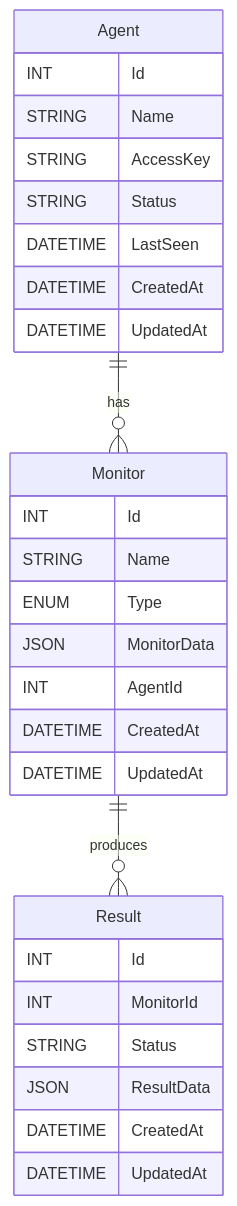
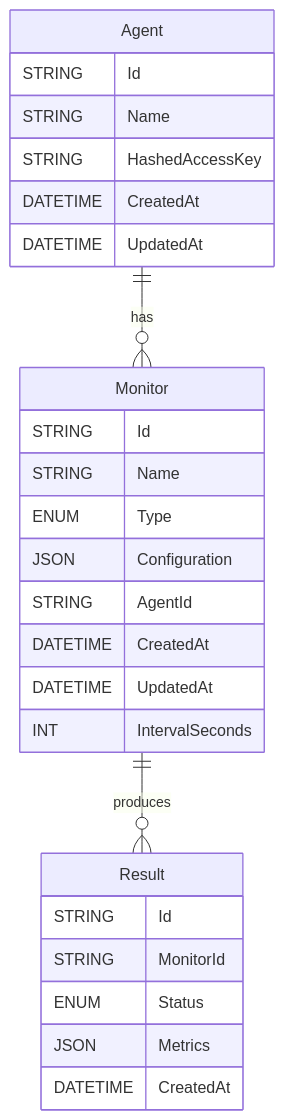
Before and after one commit to marwen1337/stati: the second of 2 diagrams in README.md, drawn with Mermaid. The commit also changed 5 other files, not shown here.

````diff
--- a/README.md
+++ b/README.md
@@ -26,32 +26,30 @@
 ```mermaid
 erDiagram
     Agent {
-        INT Id
+        STRING Id
         STRING Name
-        STRING AccessKey
-        STRING Status
-        DATETIME LastSeen
+        STRING HashedAccessKey
         DATETIME CreatedAt
         DATETIME UpdatedAt
     }
     Monitor {
-        INT Id
+        STRING Id
         STRING Name
         ENUM Type
-        JSON MonitorData
-        INT AgentId
+        JSON Configuration
+        STRING AgentId
         DATETIME CreatedAt
         DATETIME UpdatedAt
+        INT IntervalSeconds
     }
     Result {
-        INT Id
-        INT MonitorId
-        STRING Status
-        JSON ResultData
+        STRING Id
+        STRING MonitorId
+        ENUM Status
+        JSON Metrics
         DATETIME CreatedAt
-        DATETIME UpdatedAt
     }
 
     Agent ||--o{ Monitor : has
     Monitor ||--o{ Result : produces
 ```
````
